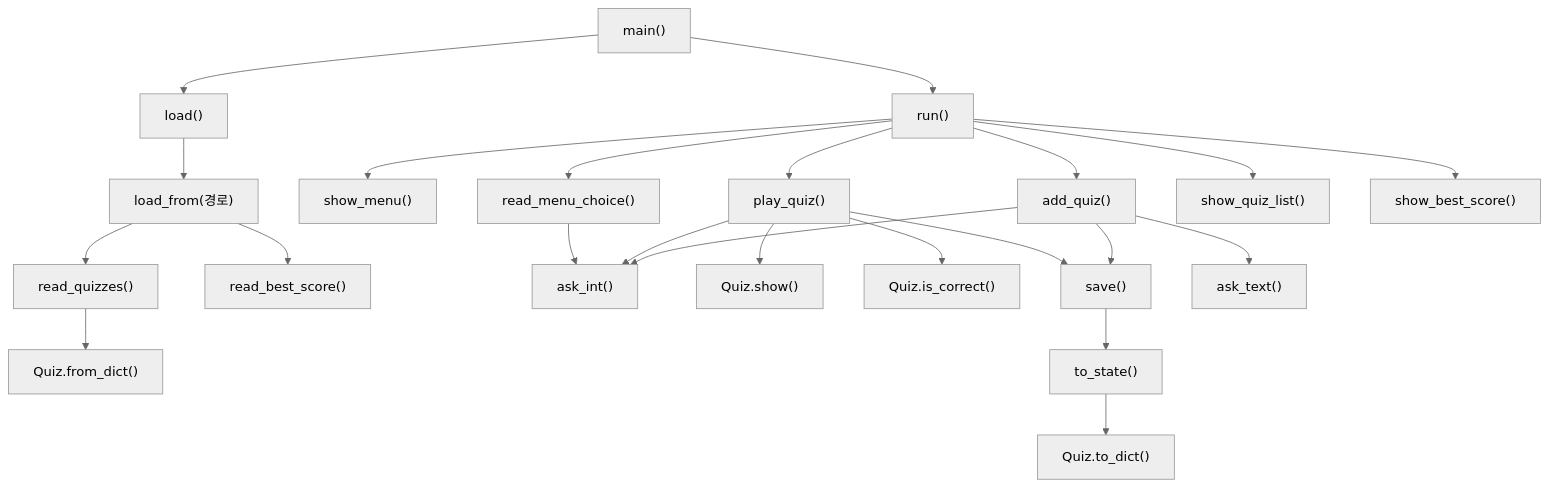
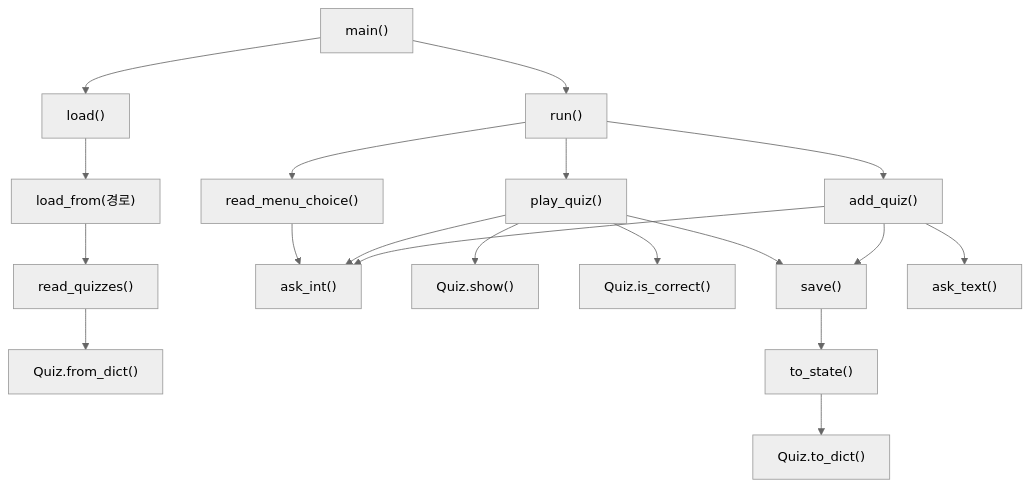
The fifth of 9 diagrams in python-quiz-game/README.md (yuuri03/codyssey), drawn with Mermaid (neutral theme) before and after one commit. The commit also changed other lines of this file, not shown here.

````diff
--- a/python-quiz-game/README.md
+++ b/python-quiz-game/README.md
@@ -321,29 +393,21 @@
 ```mermaid
 flowchart TD
     M["main()"] --> L["load()"]
     M --> R["run()"]
-
     L --> LF["load_from(경로)"]
     LF --> RQ["read_quizzes()"]
-    LF --> RB["read_best_score()"]
     RQ --> FD["Quiz.from_dict()"]
-
-    R --> SM["show_menu()"]
     R --> RMC["read_menu_choice()"]
     R --> PQ["play_quiz()"]
     R --> AQ["add_quiz()"]
-    R --> SQL["show_quiz_list()"]
-    R --> SBS["show_best_score()"]
-
     RMC --> AI["ask_int()"]
     PQ --> SH["Quiz.show()"]
     PQ --> IC["Quiz.is_correct()"]
     PQ --> AI
     PQ --> SV["save()"]
     AQ --> AT["ask_text()"]
     AQ --> AI
     AQ --> SV
-
     SV --> TS["to_state()"]
     TS --> TD["Quiz.to_dict()"]
 ```
````
